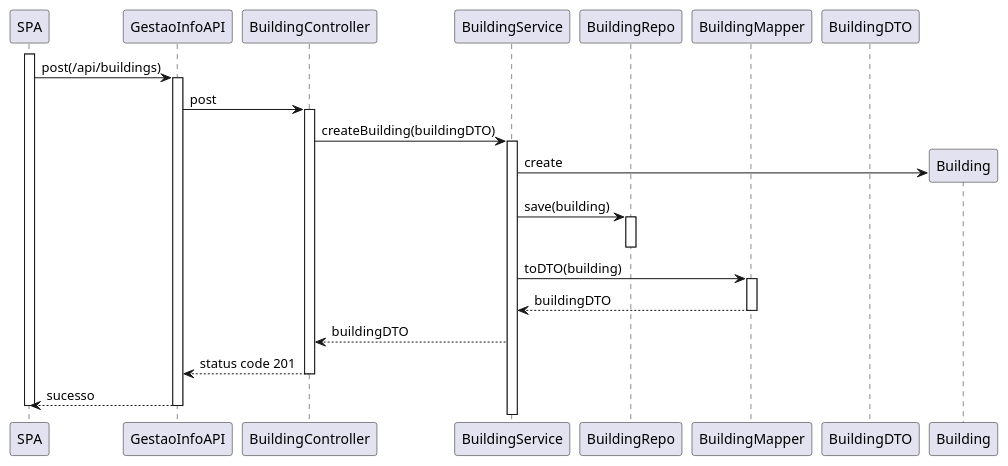
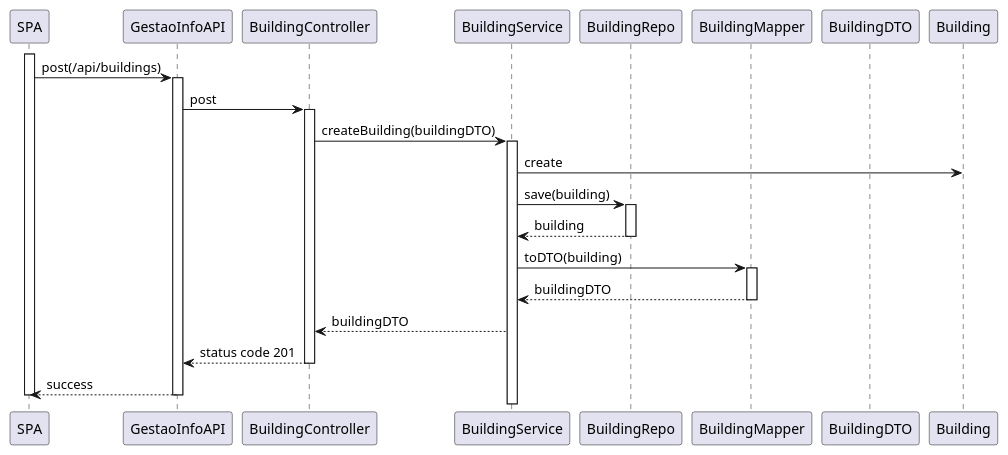
Before and after one commit to ruben1132/PI5_23-24: the diagram in docs/nivel3/N3_US150.puml, drawn with PlantUML. The commit also changed 5 other files, not shown here.

Commit message:
#1 #2 #3 #5 #9 #20 diagramas nivel 3

```diff
--- a/docs/nivel3/N3_US150.puml
+++ b/docs/nivel3/N3_US150.puml
@@ -1,42 +1,41 @@
 @startuml
 participant SPA
 participant "GestaoInfoAPI" as API
 participant "BuildingController" as Ctrl
 participant "BuildingService" as Srv
 participant "BuildingRepo" as Repo
 participant "BuildingMapper" as Map
 participant "BuildingDTO" as DTO
 participant "Building" as Domain
 
 activate SPA
 SPA -> API: post(/api/buildings)
 activate API
 
 API -> Ctrl: post
 activate Ctrl
 
 Ctrl -> Srv: createBuilding(buildingDTO)
 activate Srv
 
-create Domain
 Srv -> Domain: create
-
 
 Srv -> Repo: save(building)
 activate Repo
+Repo --> Srv: building
 deactivate Repo
 
 Srv -> Map: toDTO(building)
 activate Map
 Map --> Srv: buildingDTO
 deactivate Map
 
 Srv --> Ctrl: buildingDTO
 
 Ctrl --> API: status code 201
 deactivate Ctrl
 
-API --> SPA: sucesso
+API --> SPA: success
 deactivate API
 deactivate SPA
 @enduml
```
